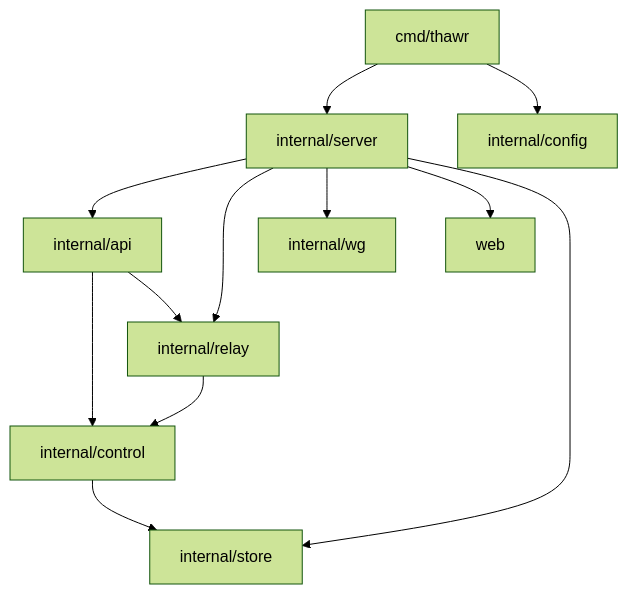
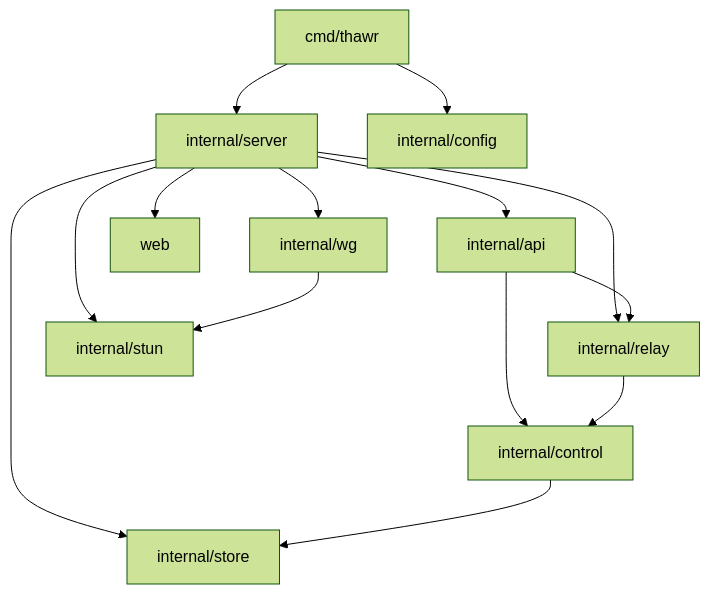
One commit to thedatadudech/Thawr changed the second of 5 diagrams in docs/ARCHITECTURE.md. Above: the diagram before and after it, drawn with Mermaid (forest theme). The commit also changed other lines of this file and 4 other files, not shown here.

````diff
--- a/docs/ARCHITECTURE.md
+++ b/docs/ARCHITECTURE.md
@@ -59,14 +59,16 @@
 ```mermaid
 flowchart TD
   CMD[cmd/thawr] --> SRV[internal/server]
   CMD --> CFG[internal/config]
   SRV --> API[internal/api]
   SRV --> RELAY[internal/relay]
   SRV --> WG[internal/wg]
   SRV --> WEB[web]
   SRV --> STORE[internal/store]
+  SRV --> STUN[internal/stun]
+  WG --> STUN
   API --> CTRL[internal/control]
   API --> RELAY
   CTRL --> STORE
   RELAY --> CTRL
 ```
````
